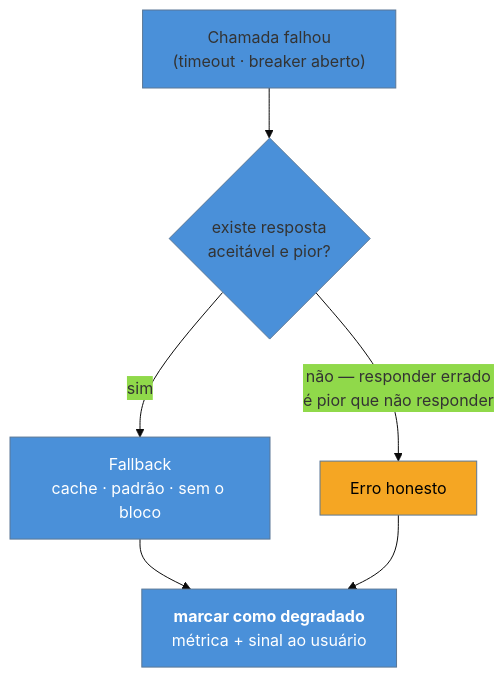
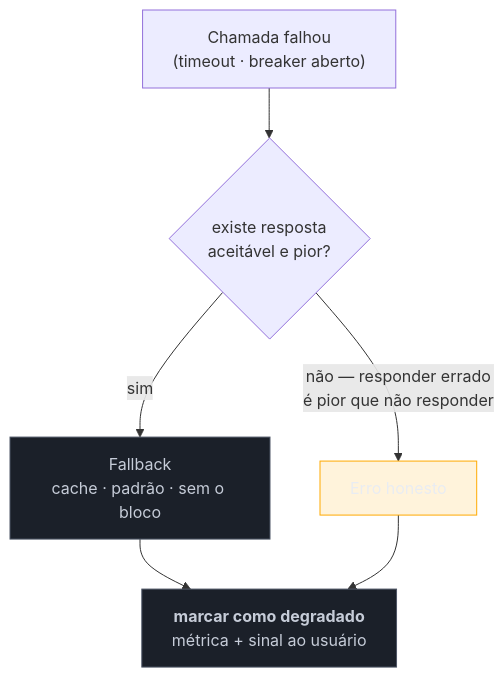
The diagram in 03-Dominios/Engenharia/Design de Software/Padrões de Projeto/Nuvem e Resiliência/06 - Fallback e degradação graciosa.md (josenaldo/codex-technomanticus), drawn with Mermaid before and after one commit. The commit also changed 1181 other files, not shown here.

First line of the commit message:
fix(diagramas): paleta do sistema no lugar de cor cravada no markdown

````diff
--- a/03-Dominios/Engenharia/Design de Software/Padrões de Projeto/Nuvem e Resiliência/06 - Fallback e degradação graciosa.md
+++ b/03-Dominios/Engenharia/Design de Software/Padrões de Projeto/Nuvem e Resiliência/06 - Fallback e degradação graciosa.md
@@ -56,13 +56,14 @@
 ```mermaid
-%%{init: {"theme": "base", "themeVariables": {"primaryColor": "#4A90D9"}}}%%
 graph TD
+    classDef neutro fill:#1B2029,stroke:#4E5666,color:#C6CCD8
+    classDef destaque fill:#FFAA0024,stroke:#FFAA00,color:#E9ECF2
     C["Chamada falhou<br/>(timeout · breaker aberto)"] --> Q{"existe resposta<br/>aceitável e pior?"}
     Q -->|"sim"| F["Fallback<br/>cache · padrão · sem o bloco"]
     Q -->|"não — responder errado<br/>é pior que não responder"| E["Erro honesto"]
     F --> M["<b>marcar como degradado</b><br/>métrica + sinal ao usuário"]
     E --> M
 
-    style F fill:#4A90D9,color:#fff
-    style E fill:#F5A623,color:#000
-    style M fill:#4A90D9,color:#fff
+    class F neutro
+    class E destaque
+    class M neutro
 ```
````
